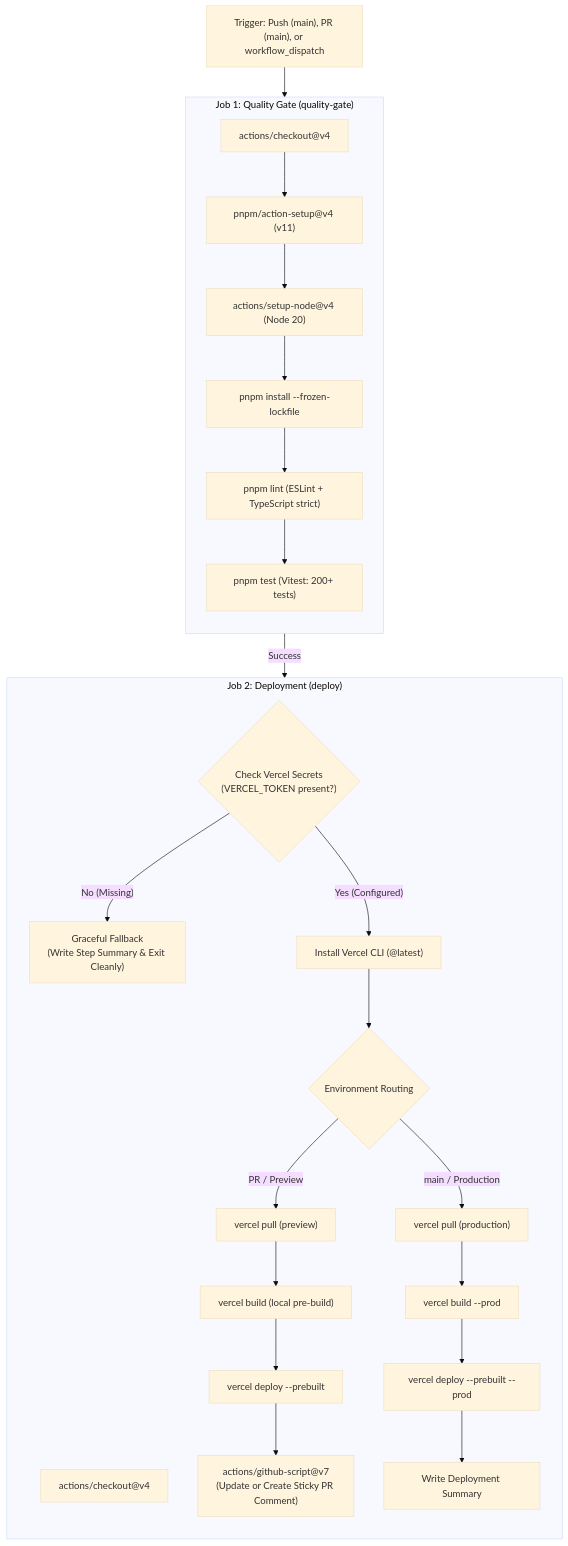
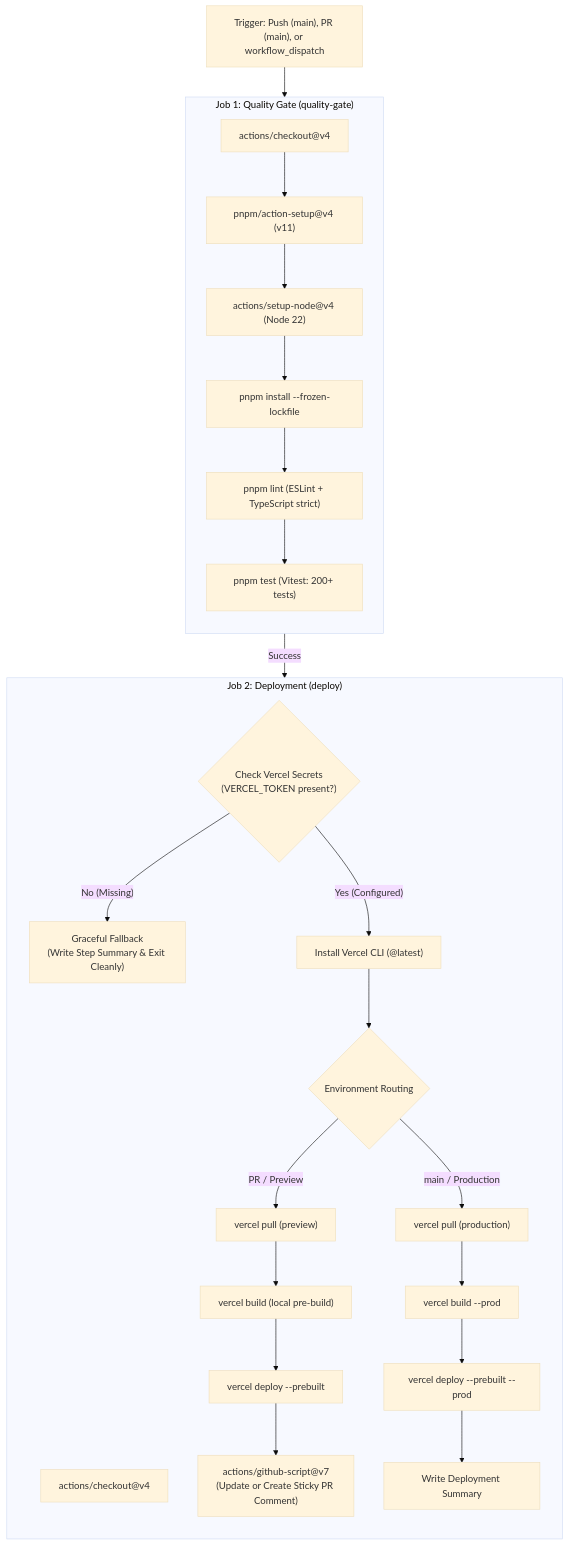
One commit to manuelhe/shadowcasting-poc changed the first of 3 diagrams in docs/guides/vercel-deployment-pipeline.md. Above: the diagram before and after it, drawn with Mermaid (base theme). The commit also changed 2 other files, not shown here.

Commit message:
fix(ci): upgrade to Node 22 for pnpm 11 compatibility (#46)

````diff
--- a/docs/guides/vercel-deployment-pipeline.md
+++ b/docs/guides/vercel-deployment-pipeline.md
@@ -24,39 +24,39 @@
 ```mermaid
 flowchart TD
     Trigger["Trigger: Push (main), PR (main), or workflow_dispatch"] --> Job1
 
     subgraph Job1["Job 1: Quality Gate (quality-gate)"]
         direction TB
         Checkout1["actions/checkout@v4"]
         SetupPnpm["pnpm/action-setup@v4 (v11)"]
-        SetupNode["actions/setup-node@v4 (Node 20)"]
+        SetupNode["actions/setup-node@v4 (Node 22)"]
         Install["pnpm install --frozen-lockfile"]
         Lint["pnpm lint (ESLint + TypeScript strict)"]
         Test["pnpm test (Vitest: 200+ tests)"]
 
         Checkout1 --> SetupPnpm --> SetupNode --> Install --> Lint --> Test
     end
 
     Job1 -- "Success" --> Job2
 
     subgraph Job2["Job 2: Deployment (deploy)"]
         direction TB
         Checkout2["actions/checkout@v4"]
         CheckCreds{"Check Vercel Secrets<br/>(VERCEL_TOKEN present?)"}
         
         CheckCreds -- "No (Missing)" --> Skip["Graceful Fallback<br/>(Write Step Summary & Exit Cleanly)"]
         CheckCreds -- "Yes (Configured)" --> InstallCLI["Install Vercel CLI (@latest)"]
         
         InstallCLI --> EnvRoute{"Environment Routing"}
         
         EnvRoute -- "PR / Preview" --> PullPreview["vercel pull (preview)"]
         PullPreview --> BuildPreview["vercel build (local pre-build)"]
         BuildPreview --> DeployPreview["vercel deploy --prebuilt"]
         DeployPreview --> StickyComment["actions/github-script@v7<br/>(Update or Create Sticky PR Comment)"]
         
         EnvRoute -- "main / Production" --> PullProd["vercel pull (production)"]
         PullProd --> BuildProd["vercel build --prod"]
         BuildProd --> DeployProd["vercel deploy --prebuilt --prod"]
         DeployProd --> Summary["Write Deployment Summary"]
     end
 ```
````
